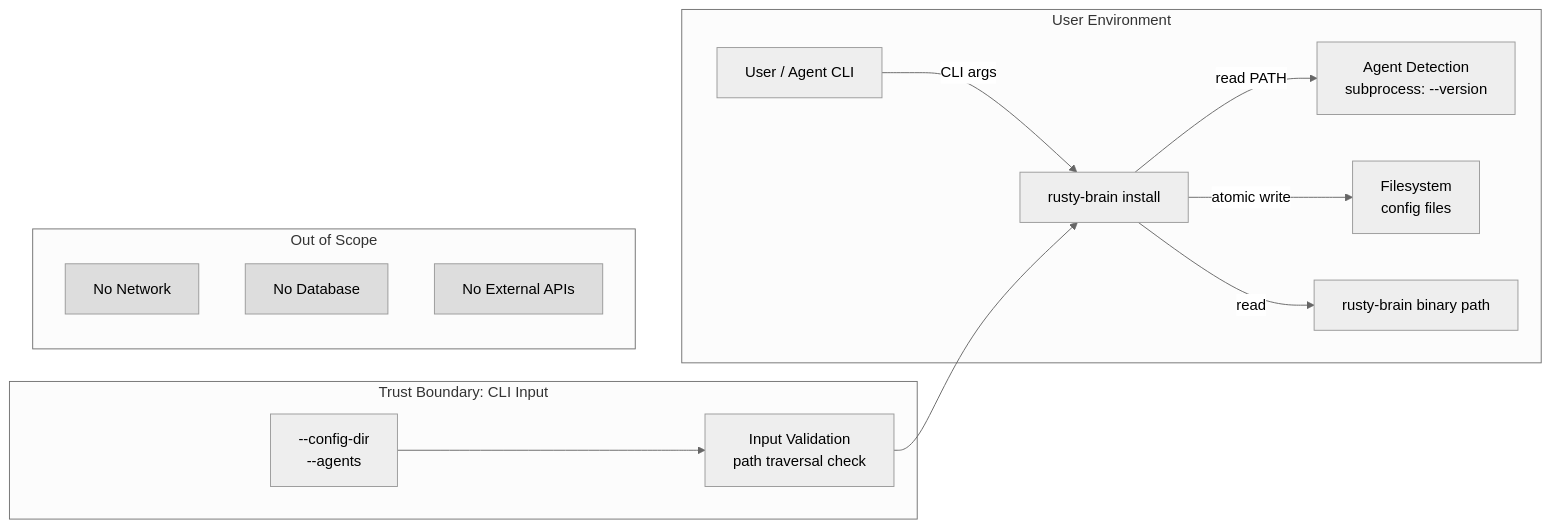
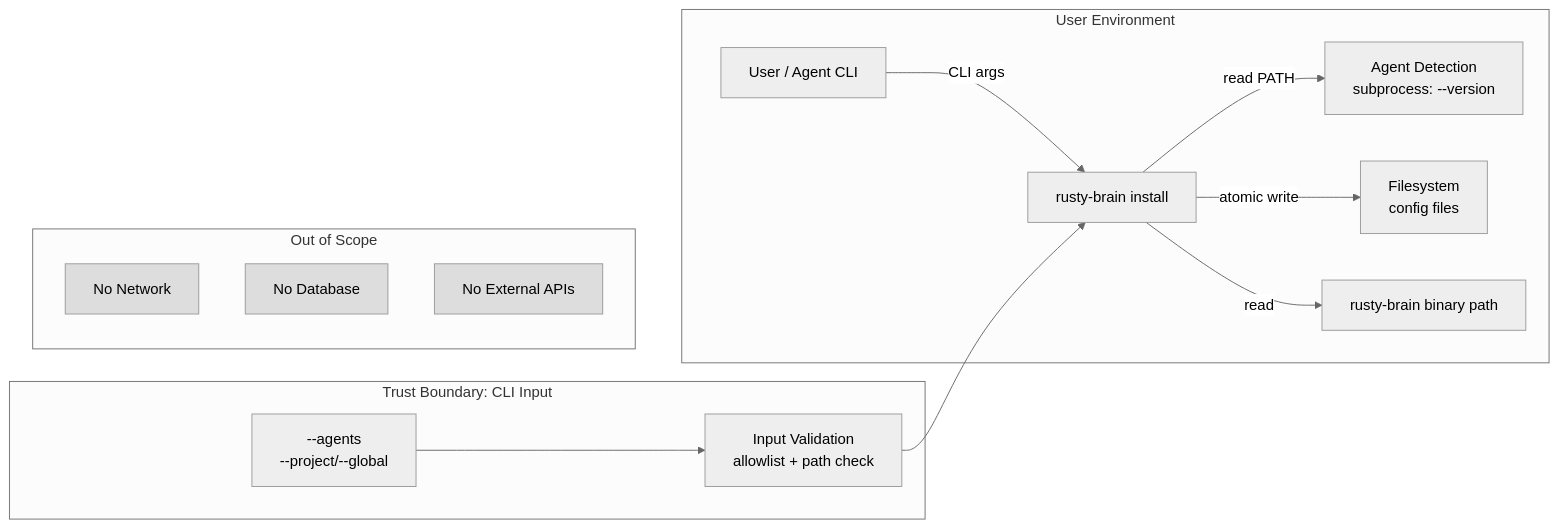
One commit to brianluby/rusty-brain changed the first of 3 diagrams in specs/011-agent-installs/sec.md. Above: the diagram before and after it, drawn with Mermaid (neutral theme). The commit also changed other lines of this file and 5 other files, not shown here.

````diff
--- a/specs/011-agent-installs/sec.md
+++ b/specs/011-agent-installs/sec.md
@@ -85,24 +85,24 @@
 ```mermaid
 flowchart LR
     subgraph User Environment
         USER[User / Agent CLI] -->|CLI args| INSTALL[rusty-brain install]
         INSTALL -->|read PATH| DETECT[Agent Detection<br>subprocess: --version]
         INSTALL -->|atomic write| FS[Filesystem<br>config files]
         INSTALL -->|read| BINARY[rusty-brain binary path]
     end
 
     subgraph Trust Boundary: CLI Input
-        ARGS[--config-dir<br>--agents] --> VALIDATE[Input Validation<br>path traversal check]
+        ARGS[--agents<br>--project/--global] --> VALIDATE[Input Validation<br>allowlist + path check]
         VALIDATE --> INSTALL
     end
 
     subgraph Out of Scope
         NET[No Network]
         DB[No Database]
         API[No External APIs]
     end
 
     style NET fill:#ddd,stroke:#999
     style DB fill:#ddd,stroke:#999
     style API fill:#ddd,stroke:#999
 ```
````
